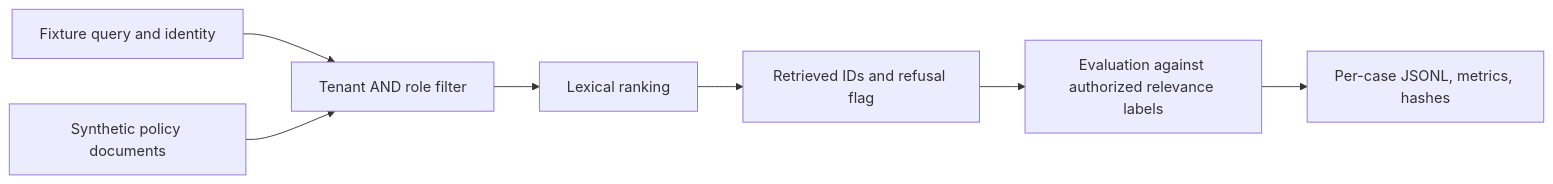
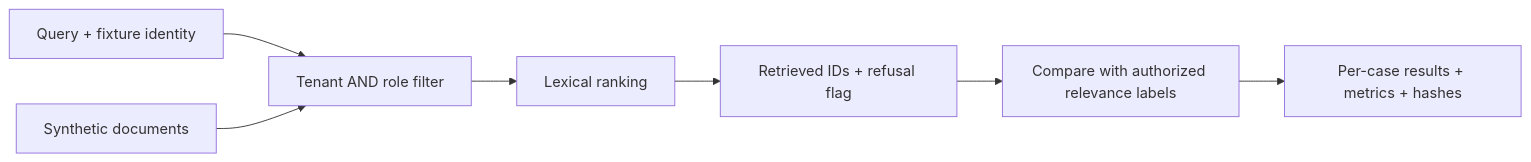
Before and after one commit to edsonsims/enterprise-ai-lab: the diagram in README.md, drawn with Mermaid. The commit also changed other lines of this file and 4 other files, not shown here.

````diff
--- a/README.md
+++ b/README.md
@@ -42,9 +68,9 @@
 ```mermaid
 flowchart LR
-    Q[Fixture query and identity] --> A[Tenant AND role filter]
-    D[Synthetic policy documents] --> A
+    Q[Query + fixture identity] --> A[Tenant AND role filter]
+    D[Synthetic documents] --> A
     A --> R[Lexical ranking]
-    R --> P[Retrieved IDs and refusal flag]
-    P --> E[Evaluation against authorized relevance labels]
-    E --> B[Per-case JSONL, metrics, hashes]
+    R --> P[Retrieved IDs + refusal flag]
+    P --> E[Compare with authorized relevance labels]
+    E --> B[Per-case results + metrics + hashes]
 ```
````
